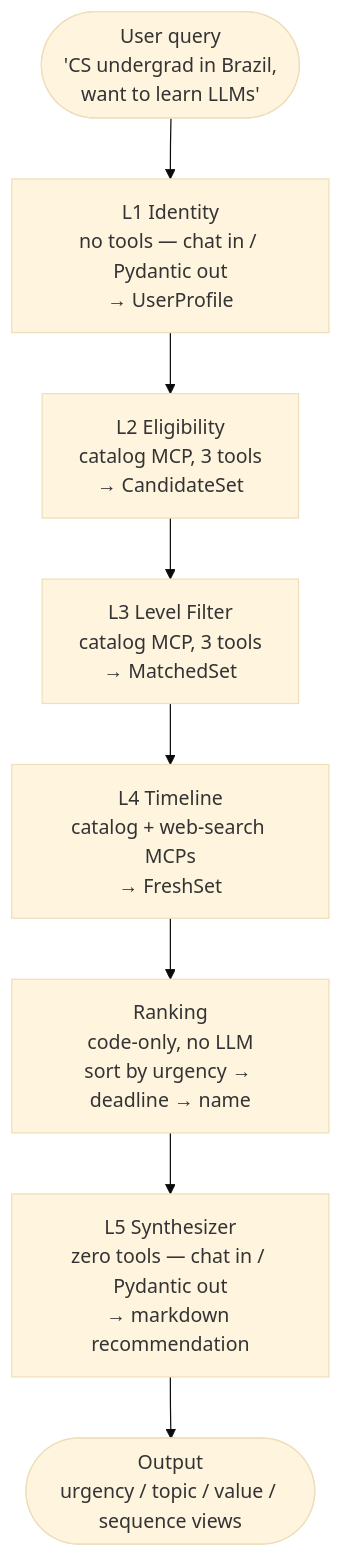
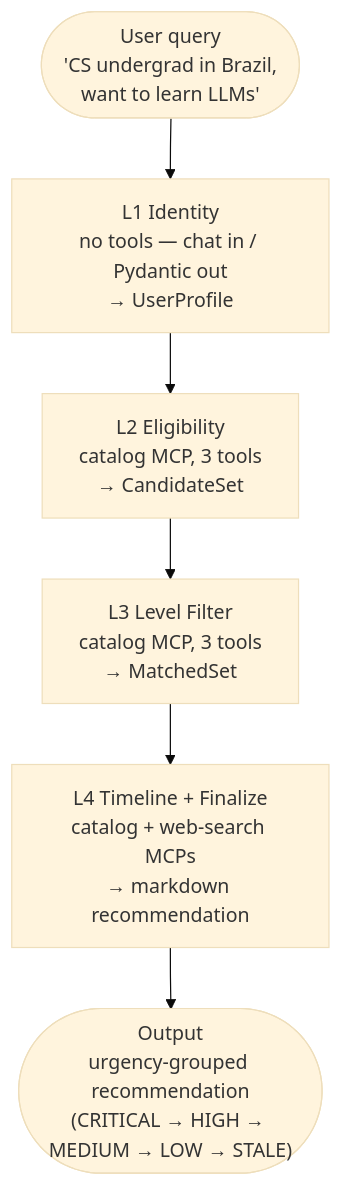
One commit to kannch8765/lumi changed the diagram in README.md. Above: the diagram before and after it, drawn with Mermaid (base theme). The commit also changed other lines of this file and 17 other files, not shown here.

First line of the commit message:
refactor(pipeline): drop timeline_ranker + L5 Synthesizer, L4 emits RecommendationResponse directly

````diff
--- a/README.md
+++ b/README.md
@@ -46,13 +46,11 @@
 ```mermaid
 flowchart TD
     User(["User query<br/>'CS undergrad in Brazil,<br/>want to learn LLMs'"])
     L1["L1 Identity<br/>no tools — chat in / Pydantic out<br/>→ UserProfile"]
     L2["L2 Eligibility<br/>catalog MCP, 3 tools<br/>→ CandidateSet"]
     L3["L3 Level Filter<br/>catalog MCP, 3 tools<br/>→ MatchedSet"]
-    L4["L4 Timeline<br/>catalog + web-search MCPs<br/>→ FreshSet"]
-    Rank["Ranking<br/>code-only, no LLM<br/>sort by urgency → deadline → name"]
-    L5["L5 Synthesizer<br/>zero tools — chat in / Pydantic out<br/>→ markdown recommendation"]
-    Output(["Output<br/>urgency / topic / value / sequence views"])
+    L4["L4 Timeline + Finalize<br/>catalog + web-search MCPs<br/>→ markdown recommendation"]
+    Output(["Output<br/>urgency-grouped recommendation<br/>(CRITICAL → HIGH → MEDIUM → LOW → STALE)"])
 
-    User --> L1 --> L2 --> L3 --> L4 --> Rank --> L5 --> Output
+    User --> L1 --> L2 --> L3 --> L4 --> Output
 ```
````
